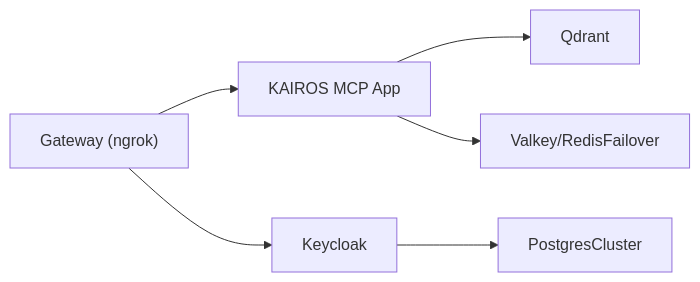
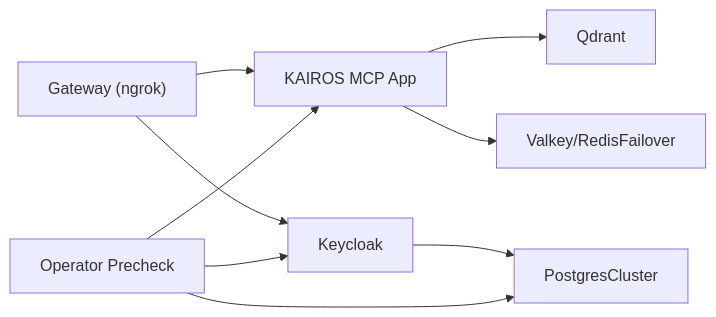
The sixth of 6 diagrams in .qoder/repowiki/en/content/Deployment & Operations.md (debian777/kairos-mcp), drawn with Mermaid before and after one commit. The commit also changed other lines of this file and 16 other files, not shown here.

````diff
--- a/.qoder/repowiki/en/content/Deployment & Operations.md
+++ b/.qoder/repowiki/en/content/Deployment & Operations.md
@@ -335,8 +413,11 @@
 ```mermaid
 graph LR
 App["KAIROS MCP App"] --> Qdr["Qdrant"]
 App --> R["Valkey/RedisFailover"]
 KC["Keycloak"] --> PG["PostgresCluster"]
 GW["Gateway (ngrok)"] --> App
 GW --> KC
+OP["Operator Precheck"] --> App
+OP --> KC
+OP --> PG
 ```
````
